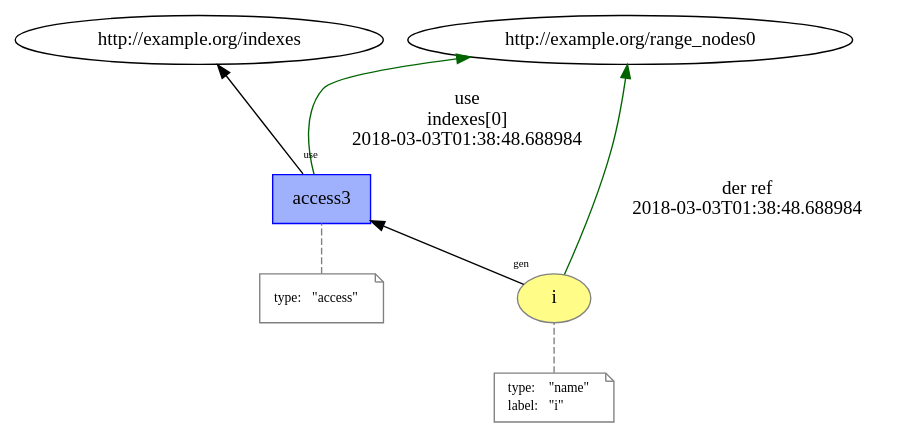
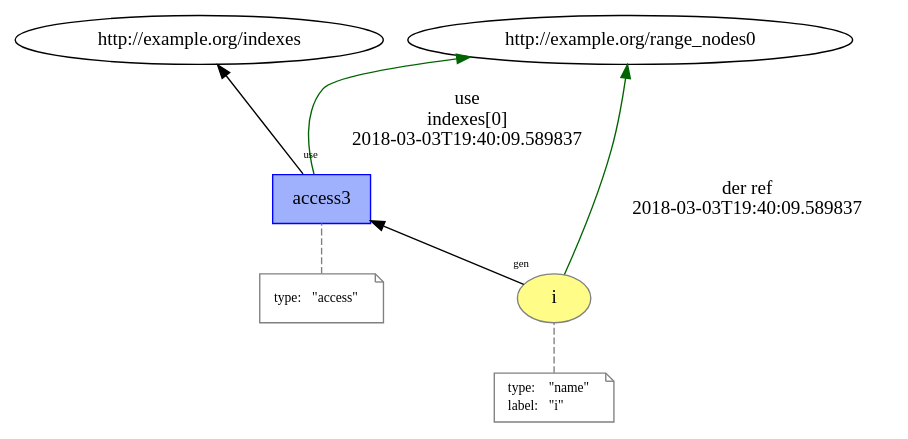
The diagram in intertwined_prov/temp/L11__loop_access.dot (dew-uff/versioned-prov), drawn with Graphviz before and after one commit. The commit also changed 1451 other files, not shown here.

```diff
--- a/intertwined_prov/temp/L11__loop_access.dot
+++ b/intertwined_prov/temp/L11__loop_access.dot
@@ -1,29 +1,29 @@
 digraph "PROV" { size="16,12"; rankdir="BT";
 "http://example.org/i" [fillcolor="#FFFC87",color="#808080",style="filled",label="i",URL="http://example.org/i"]
 "-attrs0" [color="gray",shape="note",fontsize="10",fontcolor="black",label=<<TABLE cellpadding="0" border="0">
 	<TR>
 	    <TD align="left">type:</TD>
 	    <TD align="left">&quot;name&quot;</TD>
 	</TR>
 	<TR>
 	    <TD align="left">label:</TD>
 	    <TD align="left">&quot;i&quot;</TD>
 	</TR>
 </TABLE>>]
 "-attrs0" -> "http://example.org/i" [color="gray",style="dashed",arrowhead="none"]
 "http://example.org/access3" [fillcolor="#9FB1FC",color="#0000FF",shape="polygon",sides="4",style="filled",label="access3",URL="http://example.org/access3"]
 "-attrs1" [color="gray",shape="note",fontsize="10",fontcolor="black",label=<<TABLE cellpadding="0" border="0">
 	<TR>
 	    <TD align="left">type:</TD>
 	    <TD align="left">&quot;access&quot;</TD>
 	</TR>
 </TABLE>>]
 "-attrs1" -> "http://example.org/access3" [color="gray",style="dashed",arrowhead="none"]
 "http://example.org/access3" -> "http://example.org/range_nodes0" [labelfontsize="8",labeldistance="1.5",color="darkgreen",labelangle="60.0",rotation="20",label="use
 indexes[0]
-2018-03-03T01:38:48.688984"]
+2018-03-03T19:40:09.589837"]
 "http://example.org/i" -> "http://example.org/range_nodes0" [labelfontsize="8",labeldistance="1.5",color="darkgreen",labelangle="60.0",rotation="20",label="der ref
-2018-03-03T01:38:48.688984"]
+2018-03-03T19:40:09.589837"]
 "http://example.org/i" -> "http://example.org/access3" [labelfontsize="8",labeldistance="1.5",labelangle="60.0",rotation="20",taillabel="gen"]
 "http://example.org/access3" -> "http://example.org/indexes" [labelfontsize="8",labeldistance="1.5",labelangle="60.0",rotation="20",taillabel="use"]
 }
```
